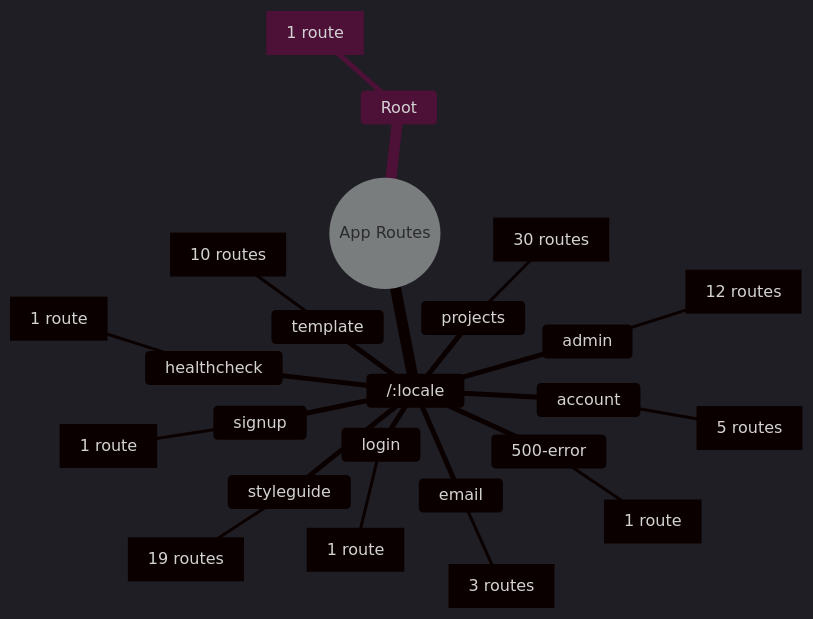
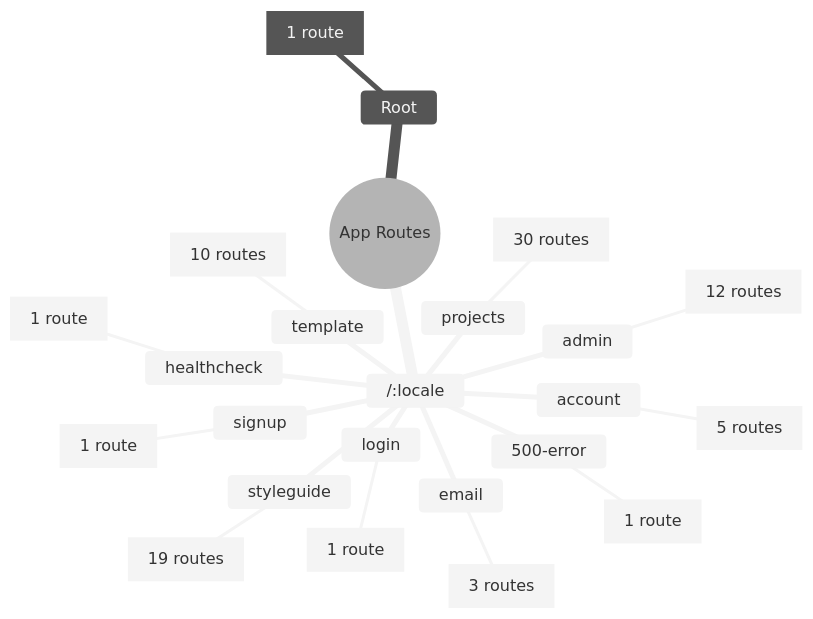
One commit to CDLUC3/dmsp_frontend_prototype changed the diagram in docs/sitemap.md. Above: the diagram before and after it, drawn with Mermaid. The commit also changed other lines of this file and 12 other files, not shown here.

````diff
--- a/docs/sitemap.md
+++ b/docs/sitemap.md
@@ -9,28 +10,28 @@
 ```mermaid
-%%{init: {'theme':'dark'}}%%
+%%{init: {'theme':'neutral'}}%%
 mindmap
   root((App Routes))
     /:locale
       500-error
         [1 route]
       account
         [5 routes]
       admin
         [12 routes]
       email
         [3 routes]
       healthcheck
         [1 route]
       login
         [1 route]
       projects
         [30 routes]
       signup
         [1 route]
       styleguide
         [19 routes]
       template
         [10 routes]
     Root
       [1 route]
 ```
````
